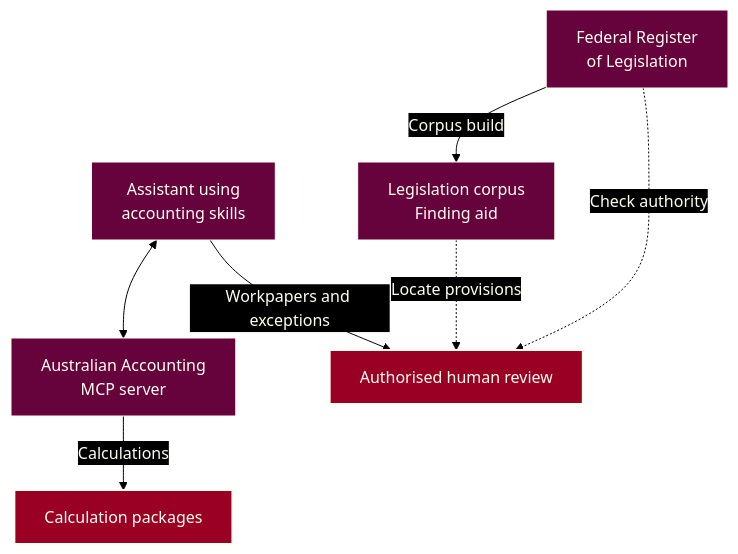
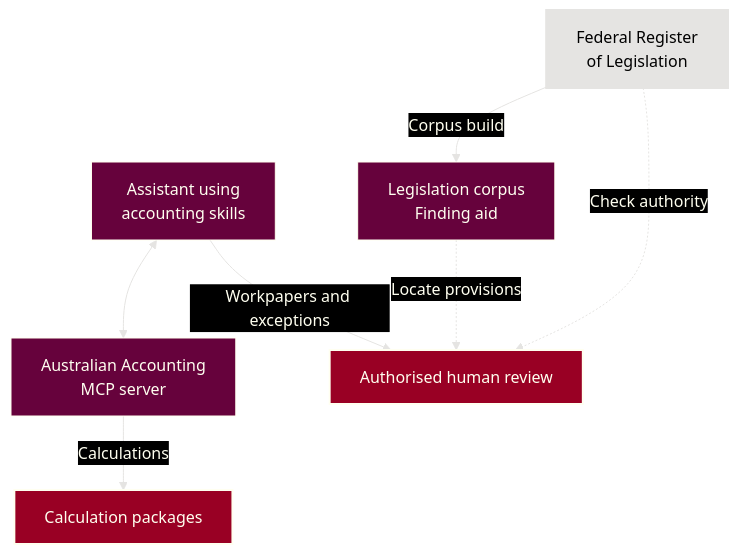
One commit to ryanduguid/ryanduguid changed the diagram in README.md. Above: the diagram before and after it, drawn with Mermaid.

First paragraph of the commit message:
Add platinum to the Mermaid diagrams (#71)
## What this changes

````diff
--- a/README.md
+++ b/README.md
@@ -50,12 +50,14 @@
 ```mermaid
 flowchart TB
-%%{init: {"theme": "base", "look": "classic", "themeVariables": {"background": "#000000", "primaryColor": "#66023C", "primaryTextColor": "#FFFFF0", "primaryBorderColor": "#FFFFF0", "lineColor": "#000000", "textColor": "#FFFFF0", "edgeLabelBackground": "#000000", "clusterBkg": "#000000", "clusterBorder": "#FFFFF0", "titleColor": "#FFFFF0"}, "themeCSS": ".flowchart-link, .relationshipLine, marker path { filter: drop-shadow(0px 1px 0px #FFFFF0) drop-shadow(0px -1px 0px #FFFFF0) drop-shadow(1px 0px 0px #FFFFF0) drop-shadow(-1px 0px 0px #FFFFF0); }"}}%%
+%%{init: {"theme": "base", "look": "classic", "themeVariables": {"background": "#000000", "primaryColor": "#66023C", "primaryTextColor": "#FFFFF0", "primaryBorderColor": "#FFFFF0", "lineColor": "#E5E4E2", "textColor": "#FFFFF0", "edgeLabelBackground": "#000000", "clusterBkg": "#000000", "clusterBorder": "#E5E4E2", "titleColor": "#E5E4E2"}}}%%
     assistant["Assistant using<br/>accounting skills"] <--> mcp["Australian Accounting<br/>MCP server"]
     mcp -->|Calculations| engines["Calculation packages"]
     assistant -->|Workpapers and exceptions| reviewer["Authorised human review"]
     official["Federal Register<br/>of Legislation"] -->|Corpus build| corpus["Legislation corpus<br/>Finding aid"]
     corpus -. Locate provisions .-> reviewer
     official -. Check authority .-> reviewer
     style engines fill:#990024,stroke:#FFFFF0,stroke-width:2px,color:#FFFFF0
     style reviewer fill:#990024,stroke:#FFFFF0,stroke-width:2px,color:#FFFFF0
+    classDef external fill:#E5E4E2,stroke:#E5E4E2,stroke-width:2px,color:#000000
+    class official external
 ```
````
